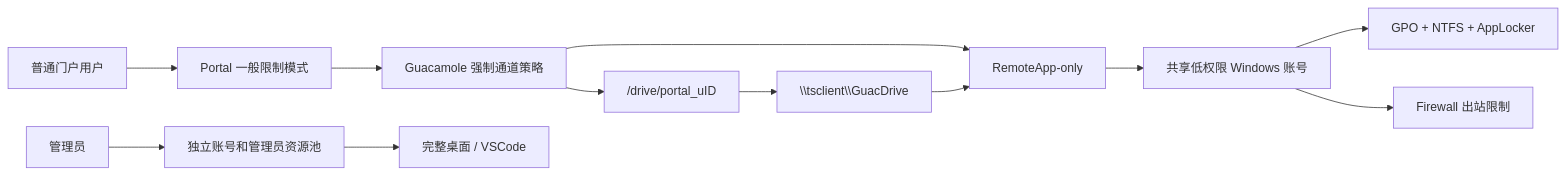
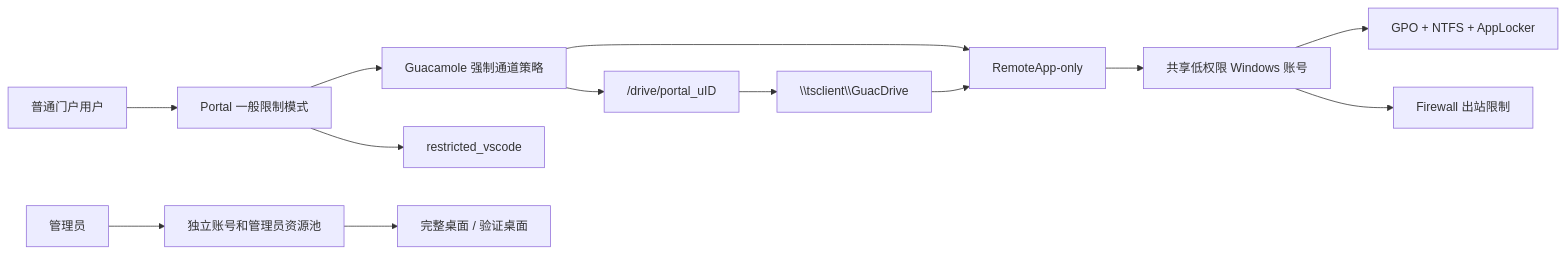
The diagram in .trellis/tasks/07-25-guacdrive-access-isolation/design.md (MagicXran/gucamole_app), drawn with Mermaid before and after one commit. The commit also changed other lines of this file and 5 other files, not shown here.

````diff
--- a/.trellis/tasks/07-25-guacdrive-access-isolation/design.md
+++ b/.trellis/tasks/07-25-guacdrive-access-isolation/design.md
@@ -9,15 +9,16 @@
 ```mermaid
 flowchart LR
     U["普通门户用户"] --> P["Portal 一般限制模式"]
     P --> G["Guacamole 强制通道策略"]
     G --> D["/drive/portal_uID"]
     G --> R["RemoteApp-only"]
     R --> S["共享低权限 Windows 账号"]
     S --> X["GPO + NTFS + AppLocker"]
     S --> F["Firewall 出站限制"]
     D --> T["\\tsclient\\GuacDrive"]
     T --> R
 
+    P --> V["restricted_vscode"]
     A["管理员"] --> AD["独立账号和管理员资源池"]
-    AD --> Desktop["完整桌面 / VSCode"]
+    AD --> Desktop["完整桌面 / 验证桌面"]
 ```
````
